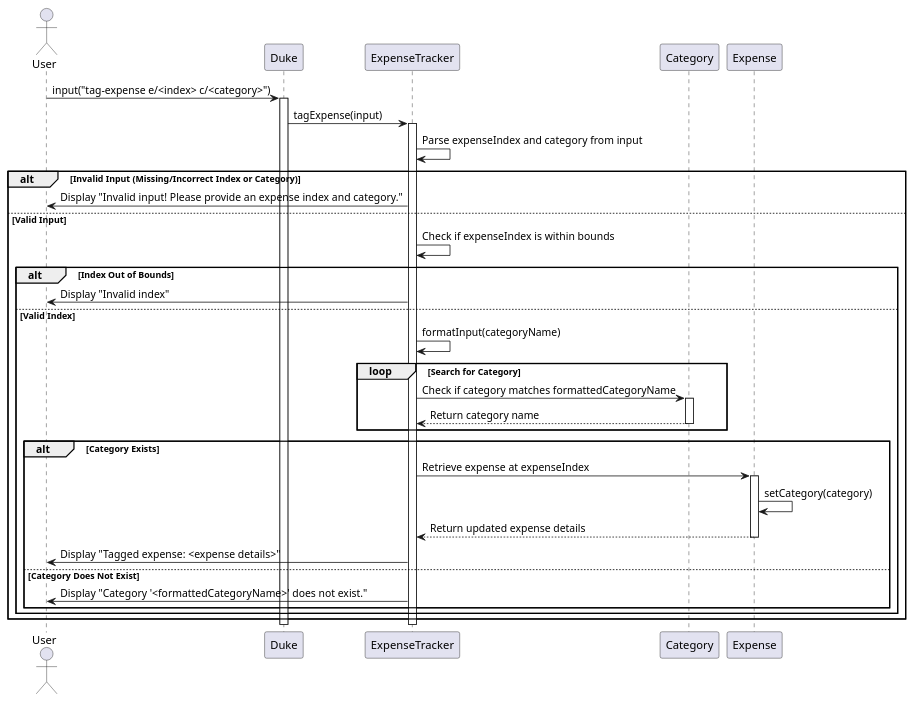
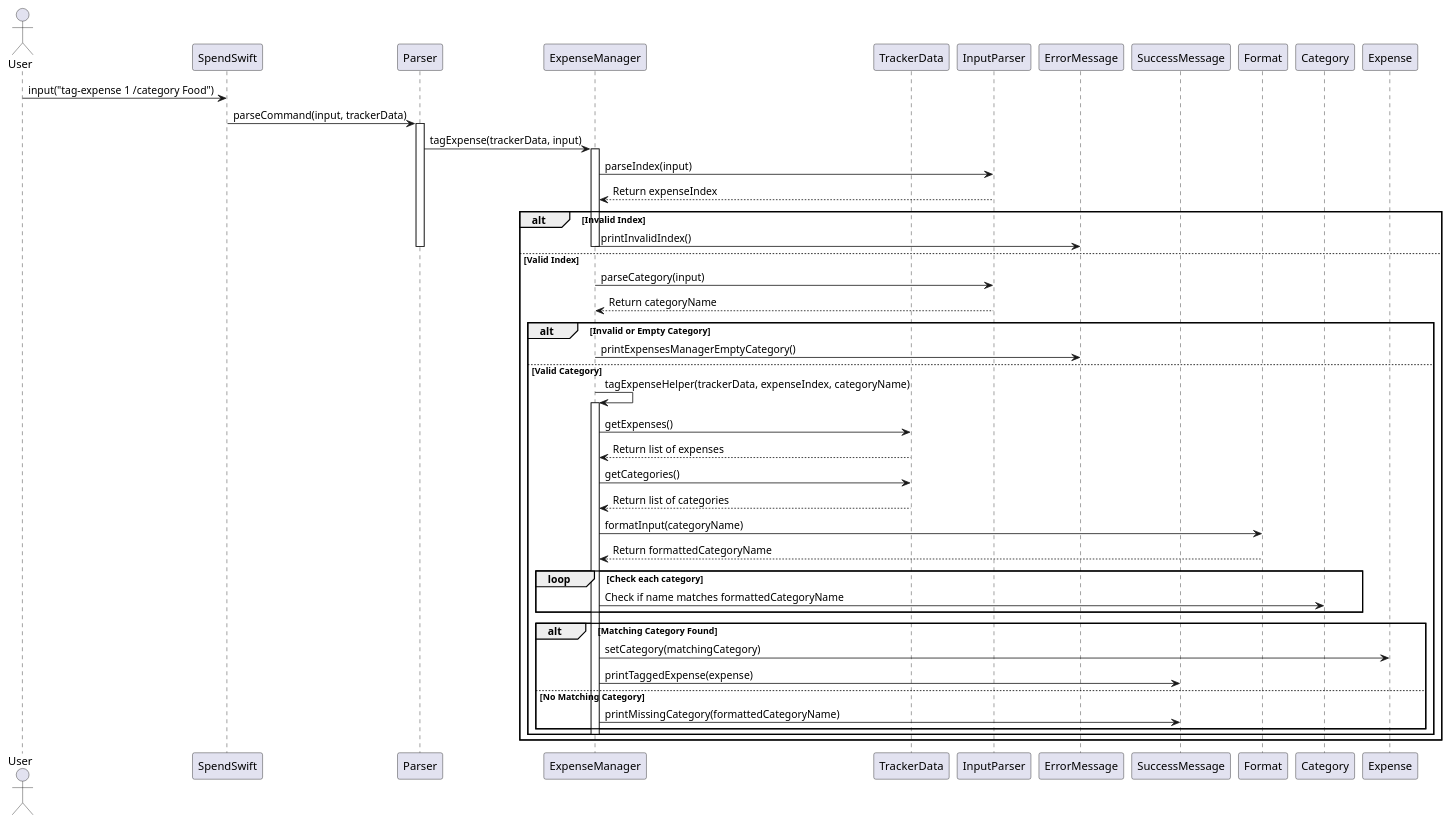
One commit to nus-cs2113-AY2425S1/tp changed the diagram in docs/diagrams/TagExpense.puml. Above: the diagram before and after it, drawn with PlantUML. The commit also changed 5 other files, not shown here.

Commit message:
Updated Sequence Diagram of ViewExpense, TagExpense and DeleteExpense

```diff
--- a/docs/diagrams/TagExpense.puml
+++ b/docs/diagrams/TagExpense.puml
@@ -1,49 +1,63 @@
 @startuml
-
 actor User
-participant Duke
-participant ExpenseTracker
+participant SpendSwift
+participant Parser
+participant ExpenseManager
+participant TrackerData
+participant InputParser
+participant ErrorMessage
+participant SuccessMessage
+participant Format
 participant Category
 participant Expense
 
-User -> Duke : input("tag-expense e/<index> c/<category>")
-activate Duke
+User -> SpendSwift : input("tag-expense 1 /category Food")
+SpendSwift -> Parser : parseCommand(input, trackerData)
 
-Duke -> ExpenseTracker : tagExpense(input)
-activate ExpenseTracker
+activate Parser
+Parser -> ExpenseManager : tagExpense(trackerData, input)
 
-ExpenseTracker -> ExpenseTracker : Parse expenseIndex and category from input
+activate ExpenseManager
+ExpenseManager -> InputParser : parseIndex(input)
+InputParser --> ExpenseManager : Return expenseIndex
 
-alt Invalid Input (Missing/Incorrect Index or Category)
-    ExpenseTracker -> User : Display "Invalid input! Please provide an expense index and category."
-else Valid Input
-    ExpenseTracker -> ExpenseTracker : Check if expenseIndex is within bounds
+alt Invalid Index
+    ExpenseManager -> ErrorMessage : printInvalidIndex()
+    deactivate ExpenseManager
+    deactivate Parser
+else Valid Index
+    ExpenseManager -> InputParser : parseCategory(input)
+    InputParser --> ExpenseManager : Return categoryName
 
-    alt Index Out of Bounds
-        ExpenseTracker -> User : Display "Invalid index"
-    else Valid Index
-        ExpenseTracker -> ExpenseTracker : formatInput(categoryName)
+    alt Invalid or Empty Category
+        ExpenseManager -> ErrorMessage : printExpensesManagerEmptyCategory()
+        deactivate ExpenseManager
+        deactivate Parser
+    else Valid Category
+        ExpenseManager -> ExpenseManager : tagExpenseHelper(trackerData, expenseIndex, categoryName)
 
-        loop Search for Category
-            ExpenseTracker -> Category : Check if category matches formattedCategoryName
-            activate Category
-            Category --> ExpenseTracker : Return category name
-            deactivate Category
+        activate ExpenseManager
+        ExpenseManager -> TrackerData : getExpenses()
+        TrackerData --> ExpenseManager : Return list of expenses
+
+        ExpenseManager -> TrackerData : getCategories()
+        TrackerData --> ExpenseManager : Return list of categories
+
+        ExpenseManager -> Format : formatInput(categoryName)
+        Format --> ExpenseManager : Return formattedCategoryName
+
+        loop Check each category
+            ExpenseManager -> Category : Check if name matches formattedCategoryName
         end
 
-        alt Category Exists
-            ExpenseTracker -> Expense : Retrieve expense at expenseIndex
-            activate Expense
-            Expense -> Expense : setCategory(category)
-            Expense --> ExpenseTracker : Return updated expense details
-            deactivate Expense
-            ExpenseTracker -> User : Display "Tagged expense: <expense details>"
-        else Category Does Not Exist
-            ExpenseTracker -> User : Display "Category '<formattedCategoryName>' does not exist."
+        alt Matching Category Found
+            ExpenseManager -> Expense : setCategory(matchingCategory)
+            ExpenseManager -> SuccessMessage : printTaggedExpense(expense)
+        else No Matching Category
+            ExpenseManager -> SuccessMessage : printMissingCategory(formattedCategoryName)
         end
+        deactivate ExpenseManager
     end
 end
-deactivate ExpenseTracker
-deactivate Duke
-
+deactivate Parser
 @enduml
```
